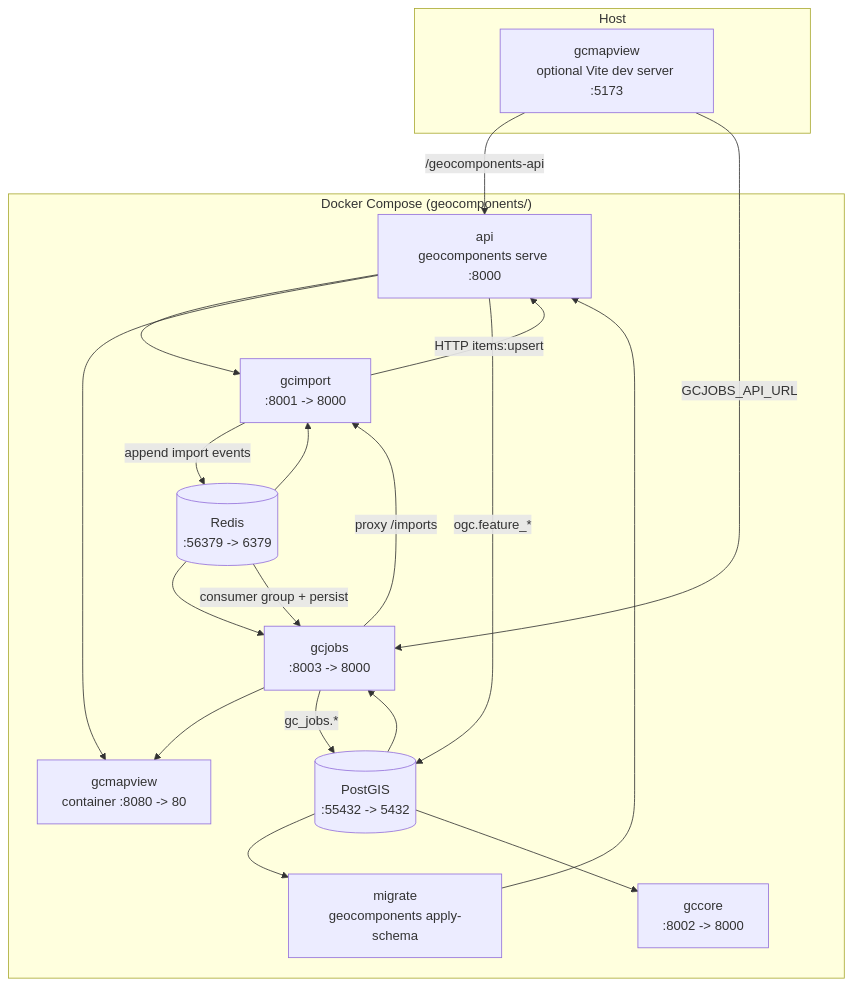
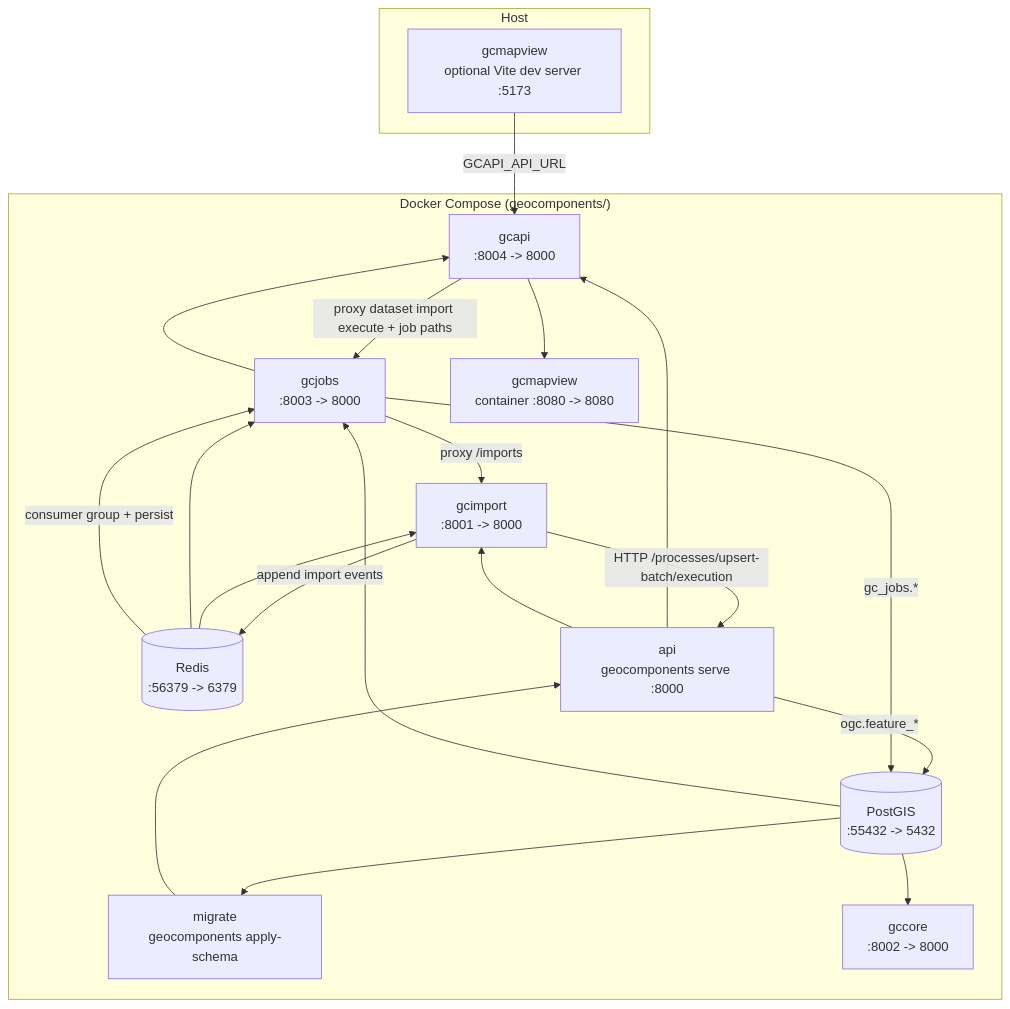
Before and after one commit to kartverket/topografisk-gdb-api: the second of 10 diagrams in docs/ARCHITECTURE.md, drawn with Mermaid. The commit also changed other lines of this file and 63 other files, not shown here.

````diff
--- a/docs/ARCHITECTURE.md
+++ b/docs/ARCHITECTURE.md
@@ -61,35 +62,37 @@
 ```mermaid
 flowchart TB
   subgraph Host
     FEDEV["gcmapview<br/>optional Vite dev server :5173"]
   end
 
   subgraph "Docker Compose (geocomponents/)"
     DB[("PostGIS<br/>:55432 -> 5432")]
     REDIS[("Redis<br/>:56379 -> 6379")]
     MIG["migrate<br/>geocomponents apply-schema"]
     API["api<br/>geocomponents serve :8000"]
+    GCAPI["gcapi<br/>:8004 -> 8000"]
     IMP["gcimport<br/>:8001 -> 8000"]
     CORE["gccore<br/>:8002 -> 8000"]
     JOBS["gcjobs<br/>:8003 -> 8000"]
-    FE["gcmapview<br/>container :8080 -> 80"]
+    FE["gcmapview<br/>container :8080 -> 8080"]
 
     DB --> MIG --> API
+    API --> GCAPI
     API --> IMP
     DB --> CORE
     DB --> JOBS
+    JOBS --> GCAPI
     REDIS --> IMP
     REDIS --> JOBS
-    API --> FE
-    JOBS --> FE
+    GCAPI --> FE
   end
 
-  FEDEV -->|/geocomponents-api| API
-  FEDEV -->|GCJOBS_API_URL| JOBS
+  FEDEV -->|GCAPI_API_URL| GCAPI
+  GCAPI -->|proxy dataset import execute + job paths| JOBS
   JOBS -->|proxy /imports| IMP
-  IMP -->|HTTP items:upsert| API
+  IMP -->|HTTP /processes/upsert-batch/execution| API
   IMP -->|append import events| REDIS
   REDIS -->|consumer group + persist| JOBS
   API -->|ogc.feature_*| DB
   JOBS -->|gc_jobs.*| DB
 ```
````
